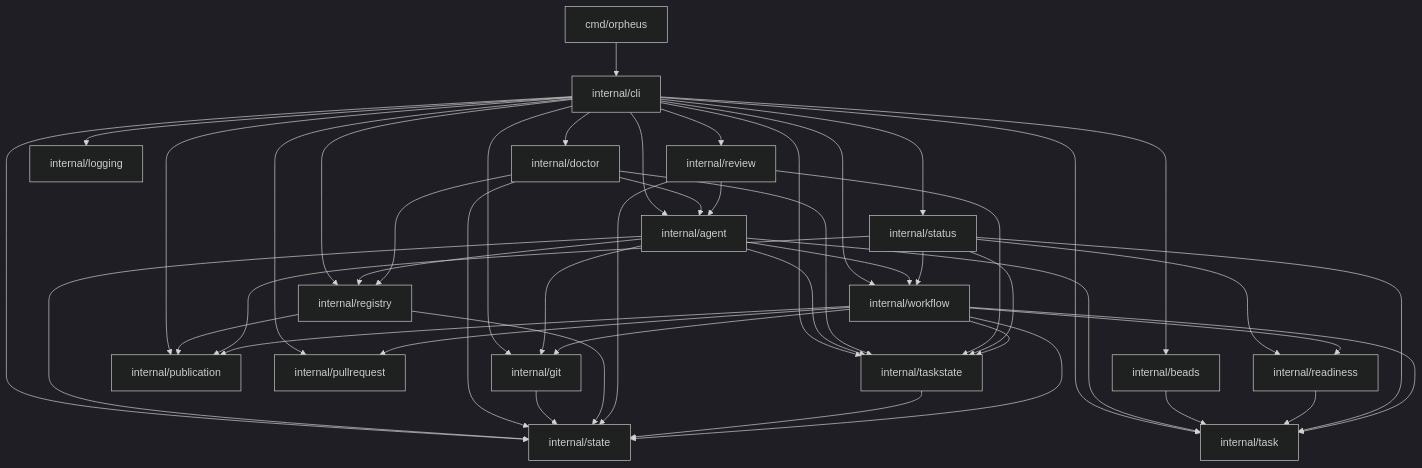
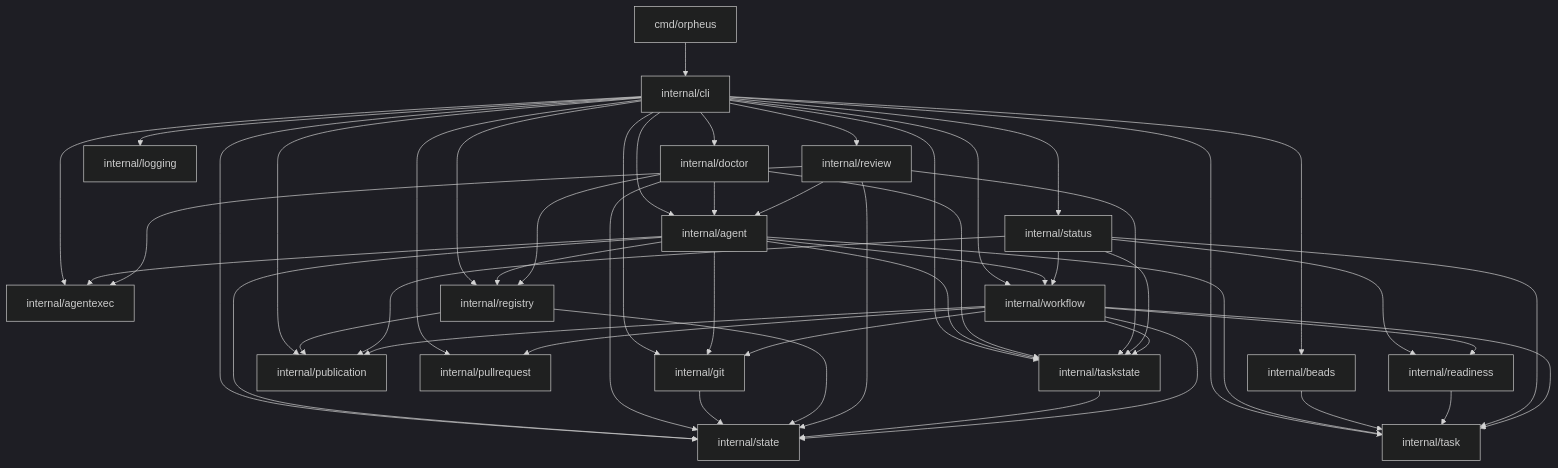
Before and after one commit to hea3ven/orpheus: the diagram in docs/ARCHITECTURE.md, drawn with Mermaid (dark theme). The commit also changed other lines of this file and 9 other files, not shown here.

````diff
--- a/docs/ARCHITECTURE.md
+++ b/docs/ARCHITECTURE.md
@@ -34,52 +34,55 @@
 ```mermaid
 flowchart TD
     cmd["cmd/orpheus"] --> cli["internal/cli"]
 
     cli --> agent["internal/agent"]
+    cli --> agentexec["internal/agentexec"]
     cli --> beads["internal/beads"]
     cli --> doctor["internal/doctor"]
     cli --> git["internal/git"]
     cli --> logging["internal/logging"]
     cli --> publication["internal/publication"]
     cli --> pullrequest["internal/pullrequest"]
     cli --> registry["internal/registry"]
     cli --> review["internal/review"]
     cli --> state["internal/state"]
     cli --> status["internal/status"]
     cli --> task["internal/task"]
     cli --> taskstate["internal/taskstate"]
     cli --> workflow["internal/workflow"]
 
+    agent --> agentexec["internal/agentexec"]
     agent --> git
     agent --> registry
     agent --> state
     agent --> task
     agent --> taskstate
     agent --> workflow
 
     beads --> task
     doctor --> agent
     doctor --> registry
     doctor --> state
     doctor --> taskstate
     git --> state
     readiness["internal/readiness"] --> task
     registry --> publication
     registry --> state
     review --> agent
+    review --> agentexec
     review --> state
     review --> taskstate
     status --> publication
     status --> readiness
     status --> task
     status --> taskstate
     status --> workflow
     taskstate --> state
     workflow --> git
     workflow --> publication
     workflow --> pullrequest
     workflow --> readiness
     workflow --> state
     workflow --> task
     workflow --> taskstate
 ```
````
